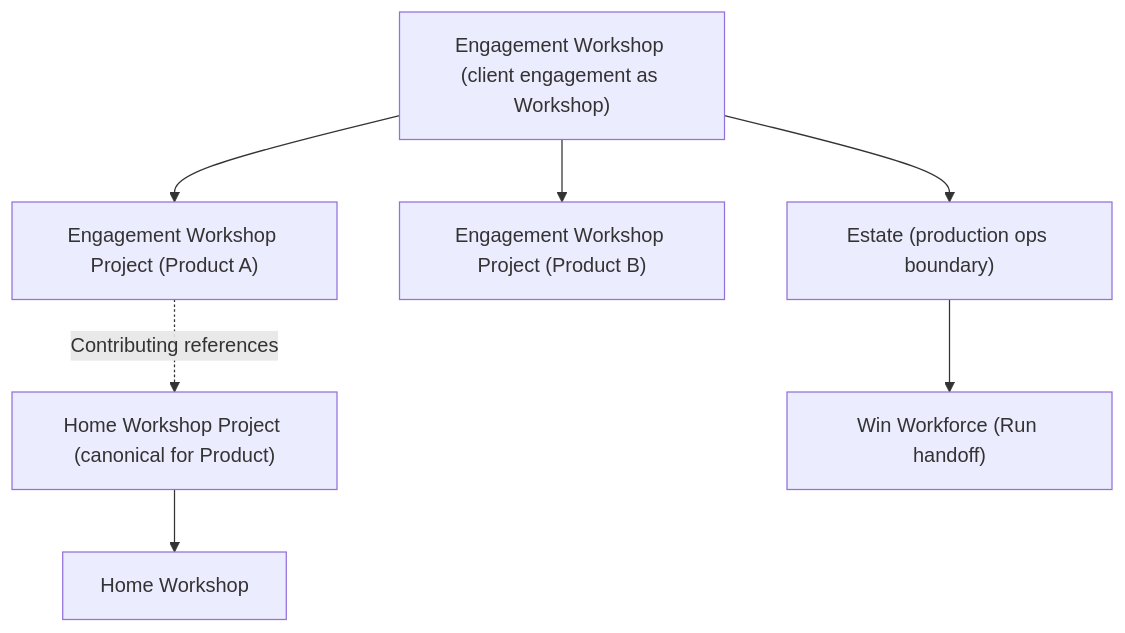
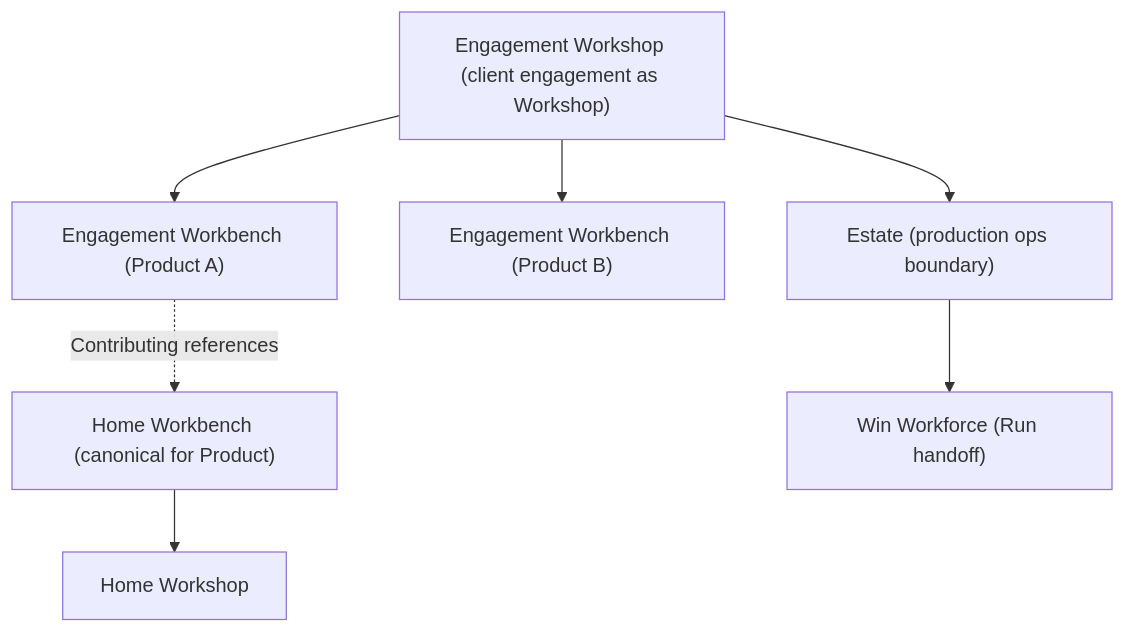
Before and after one commit to gramki/temp-website: the diagram in foundry/engagement-engineering/extension-to-ace.md, drawn with Mermaid. The commit also changed other lines of this file and 3 other files, not shown here.

````diff
--- a/foundry/engagement-engineering/extension-to-ace.md
+++ b/foundry/engagement-engineering/extension-to-ace.md
@@ -19,12 +19,12 @@
 ```mermaid
 graph TD
   EngagementW["Engagement Workshop (client engagement as Workshop)"]
-  EngagementW --> EWP1["Engagement Workshop Project (Product A)"]
-  EngagementW --> EWP2["Engagement Workshop Project (Product B)"]
-  HWP["Home Workshop Project (canonical for Product)"]
+  EngagementW --> EWP1["Engagement Workbench (Product A)"]
+  EngagementW --> EWP2["Engagement Workbench (Product B)"]
+  HWP["Home Workbench (canonical for Product)"]
   EWP1 -.->|"Contributing references"| HWP
   HomeW["Home Workshop"]
   HWP --> HomeW
   EngagementW --> Estate["Estate (production ops boundary)"]
   Estate --> WinWF["Win Workforce (Run handoff)"]
 ```
````
